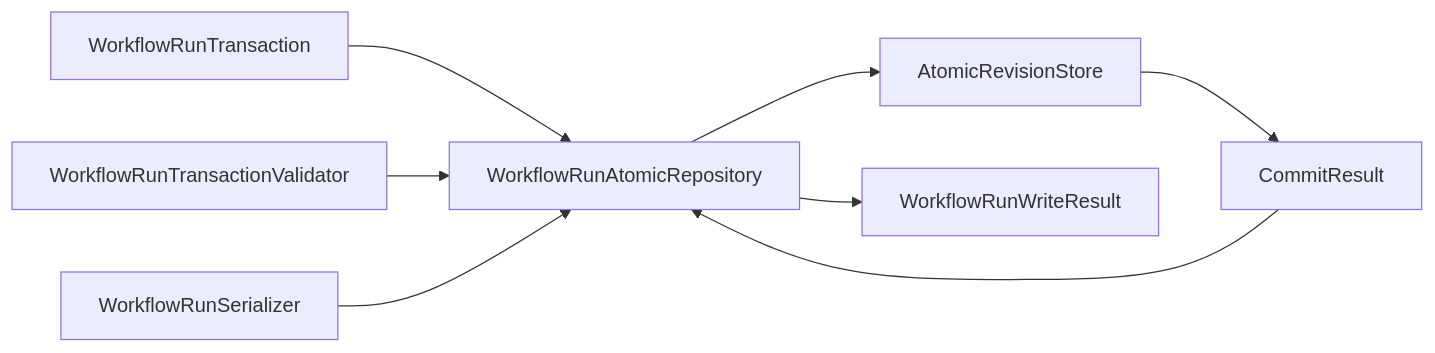
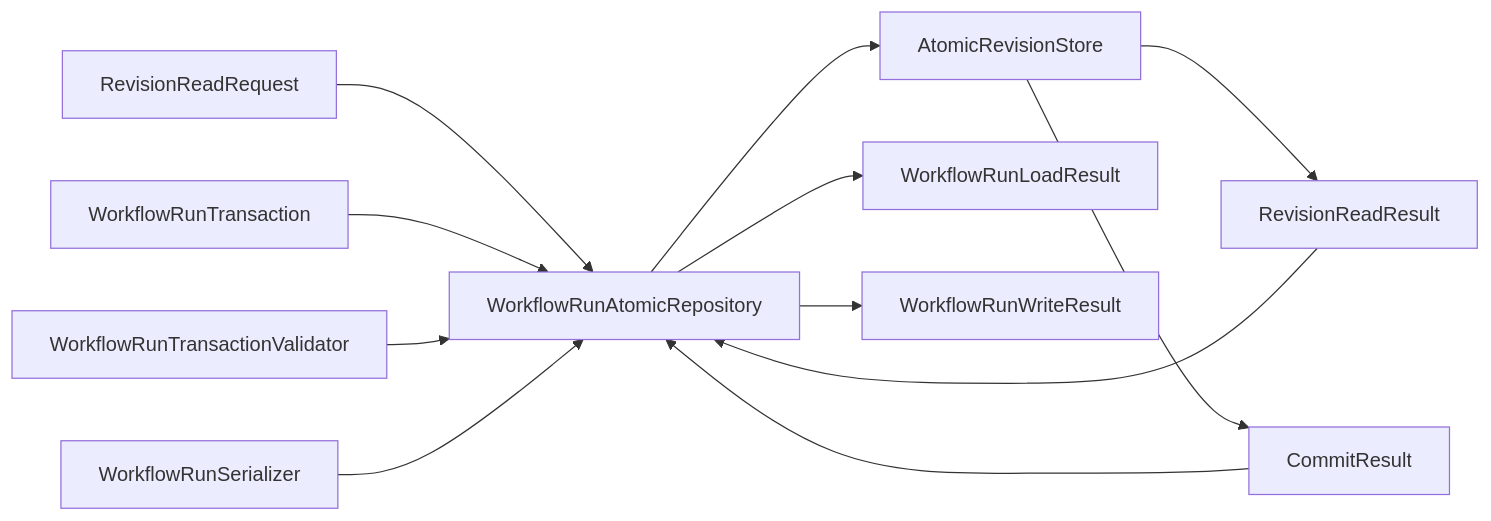
The diagram in docs/architecture/v2/ksdft2effmass/workflows/persistence.md (eragasa/ksdft2effmass), drawn with Mermaid before and after one commit. The commit also changed other lines of this file and 54 other files, not shown here.

Commit message:
docs: close architecture v2 planning issues

````diff
--- a/docs/architecture/v2/ksdft2effmass/workflows/persistence.md
+++ b/docs/architecture/v2/ksdft2effmass/workflows/persistence.md
@@ -29,10 +30,14 @@
 ```mermaid
 flowchart LR
-    transaction["WorkflowRunTransaction"] --> repository["WorkflowRunAtomicRepository"]
+    read_request["RevisionReadRequest"] --> repository["WorkflowRunAtomicRepository"]
+    transaction["WorkflowRunTransaction"] --> repository
     validator["WorkflowRunTransactionValidator"] --> repository
     serializer["WorkflowRunSerializer"] --> repository
     repository --> store["AtomicRevisionStore"]
-    store --> result["CommitResult"]
-    result --> repository
+    store --> read_result["RevisionReadResult"]
+    store --> commit_result["CommitResult"]
+    read_result --> repository
+    commit_result --> repository
+    repository --> load_result["WorkflowRunLoadResult"]
     repository --> write_result["WorkflowRunWriteResult"]
 ```
````
